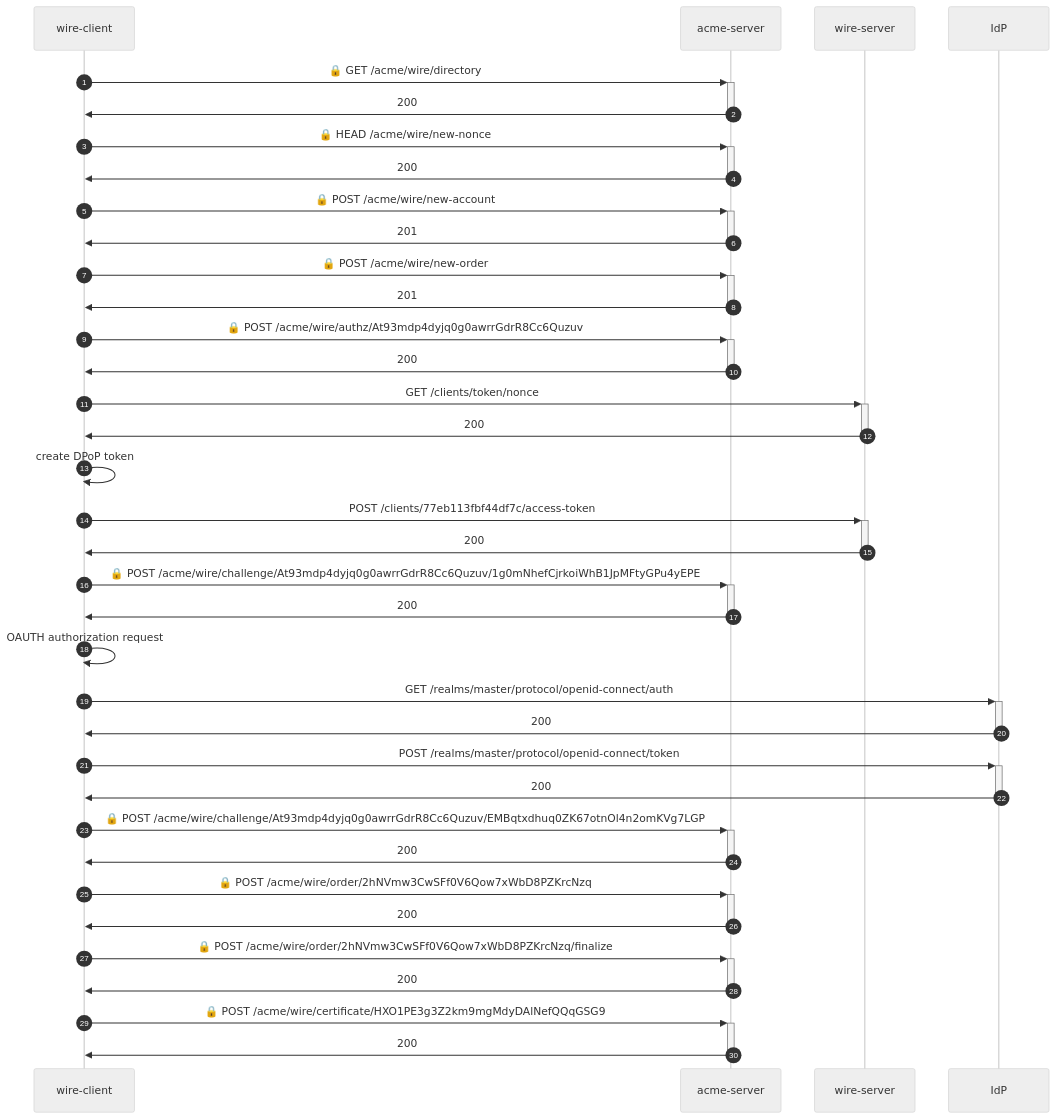
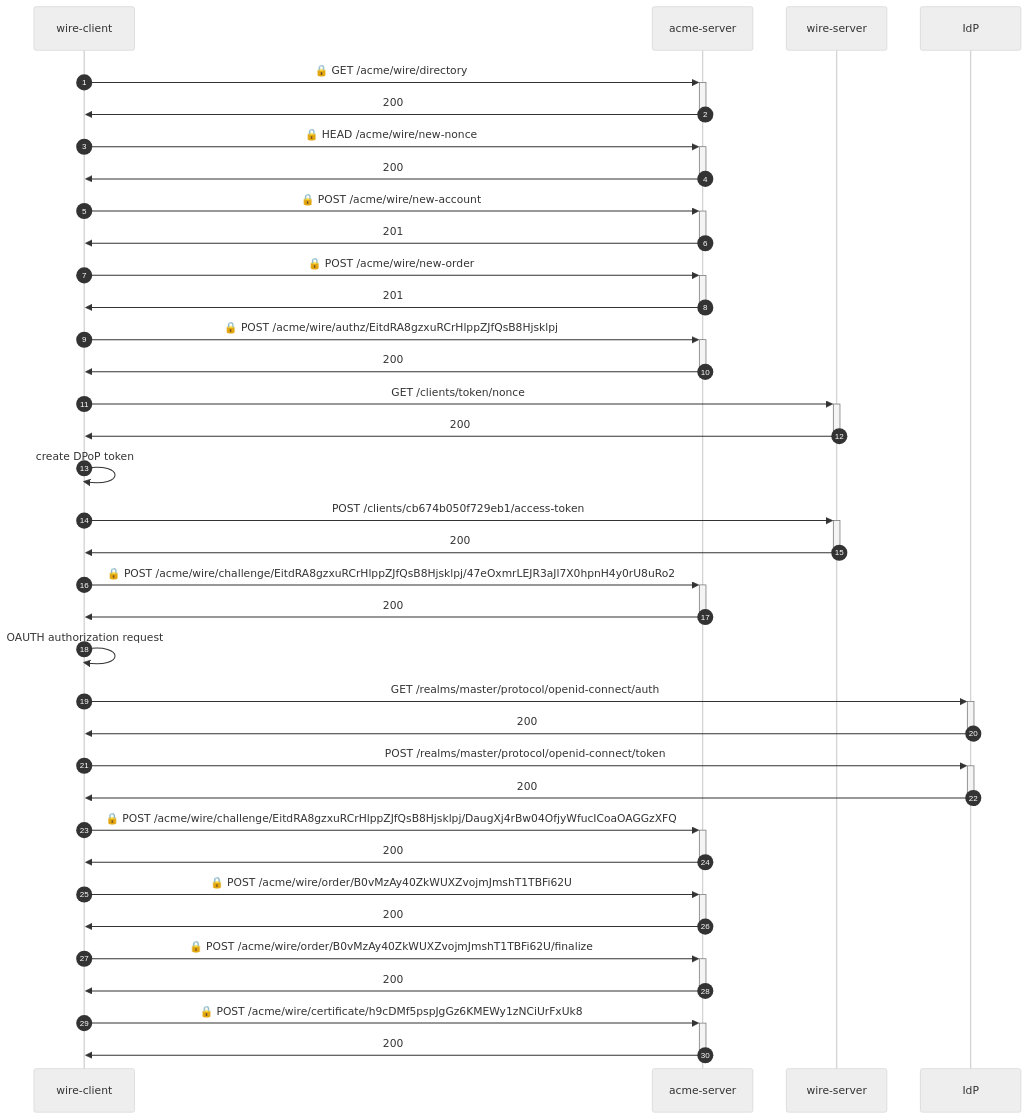
One commit to wireapp/rusty-jwt-tools changed the diagram in e2e-identity/README.md. Above: the diagram before and after it, drawn with Mermaid (neutral theme). The commit also changed other lines of this file and 3 other files, not shown here.

````diff
--- a/e2e-identity/README.md
+++ b/e2e-identity/README.md
@@ -3,34 +3,34 @@
 ```mermaid
 sequenceDiagram
     autonumber
     wire-client->>+acme-server: 🔒 GET /acme/wire/directory
     acme-server->>-wire-client: 200
     wire-client->>+acme-server: 🔒 HEAD /acme/wire/new-nonce
     acme-server->>-wire-client: 200
     wire-client->>+acme-server: 🔒 POST /acme/wire/new-account
     acme-server->>-wire-client: 201
     wire-client->>+acme-server: 🔒 POST /acme/wire/new-order
     acme-server->>-wire-client: 201
-    wire-client->>+acme-server: 🔒 POST /acme/wire/authz/At93mdp4dyjq0g0awrrGdrR8Cc6Quzuv
+    wire-client->>+acme-server: 🔒 POST /acme/wire/authz/EitdRA8gzxuRCrHlppZJfQsB8Hjsklpj
     acme-server->>-wire-client: 200
     wire-client->>+wire-server:  GET /clients/token/nonce
     wire-server->>-wire-client: 200
     wire-client->>wire-client: create DPoP token
-    wire-client->>+wire-server:  POST /clients/77eb113fbf44df7c/access-token
+    wire-client->>+wire-server:  POST /clients/cb674b050f729eb1/access-token
     wire-server->>-wire-client: 200
-    wire-client->>+acme-server: 🔒 POST /acme/wire/challenge/At93mdp4dyjq0g0awrrGdrR8Cc6Quzuv/1g0mNhefCjrkoiWhB1JpMFtyGPu4yEPE
+    wire-client->>+acme-server: 🔒 POST /acme/wire/challenge/EitdRA8gzxuRCrHlppZJfQsB8Hjsklpj/47eOxmrLEJR3aJl7X0hpnH4y0rU8uRo2
     acme-server->>-wire-client: 200
     wire-client->>wire-client: OAUTH authorization request
     wire-client->>+IdP:  GET /realms/master/protocol/openid-connect/auth
     IdP->>-wire-client: 200
     wire-client->>+IdP:  POST /realms/master/protocol/openid-connect/token
     IdP->>-wire-client: 200
-    wire-client->>+acme-server: 🔒 POST /acme/wire/challenge/At93mdp4dyjq0g0awrrGdrR8Cc6Quzuv/EMBqtxdhuq0ZK67otnOl4n2omKVg7LGP
+    wire-client->>+acme-server: 🔒 POST /acme/wire/challenge/EitdRA8gzxuRCrHlppZJfQsB8Hjsklpj/DaugXj4rBw04OfjyWfucICoaOAGGzXFQ
     acme-server->>-wire-client: 200
-    wire-client->>+acme-server: 🔒 POST /acme/wire/order/2hNVmw3CwSFf0V6Qow7xWbD8PZKrcNzq
+    wire-client->>+acme-server: 🔒 POST /acme/wire/order/B0vMzAy40ZkWUXZvojmJmshT1TBFi62U
     acme-server->>-wire-client: 200
-    wire-client->>+acme-server: 🔒 POST /acme/wire/order/2hNVmw3CwSFf0V6Qow7xWbD8PZKrcNzq/finalize
+    wire-client->>+acme-server: 🔒 POST /acme/wire/order/B0vMzAy40ZkWUXZvojmJmshT1TBFi62U/finalize
     acme-server->>-wire-client: 200
-    wire-client->>+acme-server: 🔒 POST /acme/wire/certificate/HXO1PE3g3Z2km9mgMdyDAlNefQQqGSG9
+    wire-client->>+acme-server: 🔒 POST /acme/wire/certificate/h9cDMf5pspJgGz6KMEWy1zNCiUrFxUk8
     acme-server->>-wire-client: 200
 ```
````
